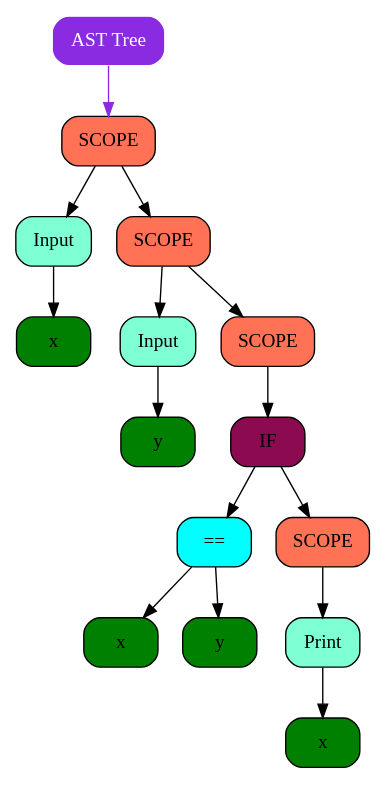
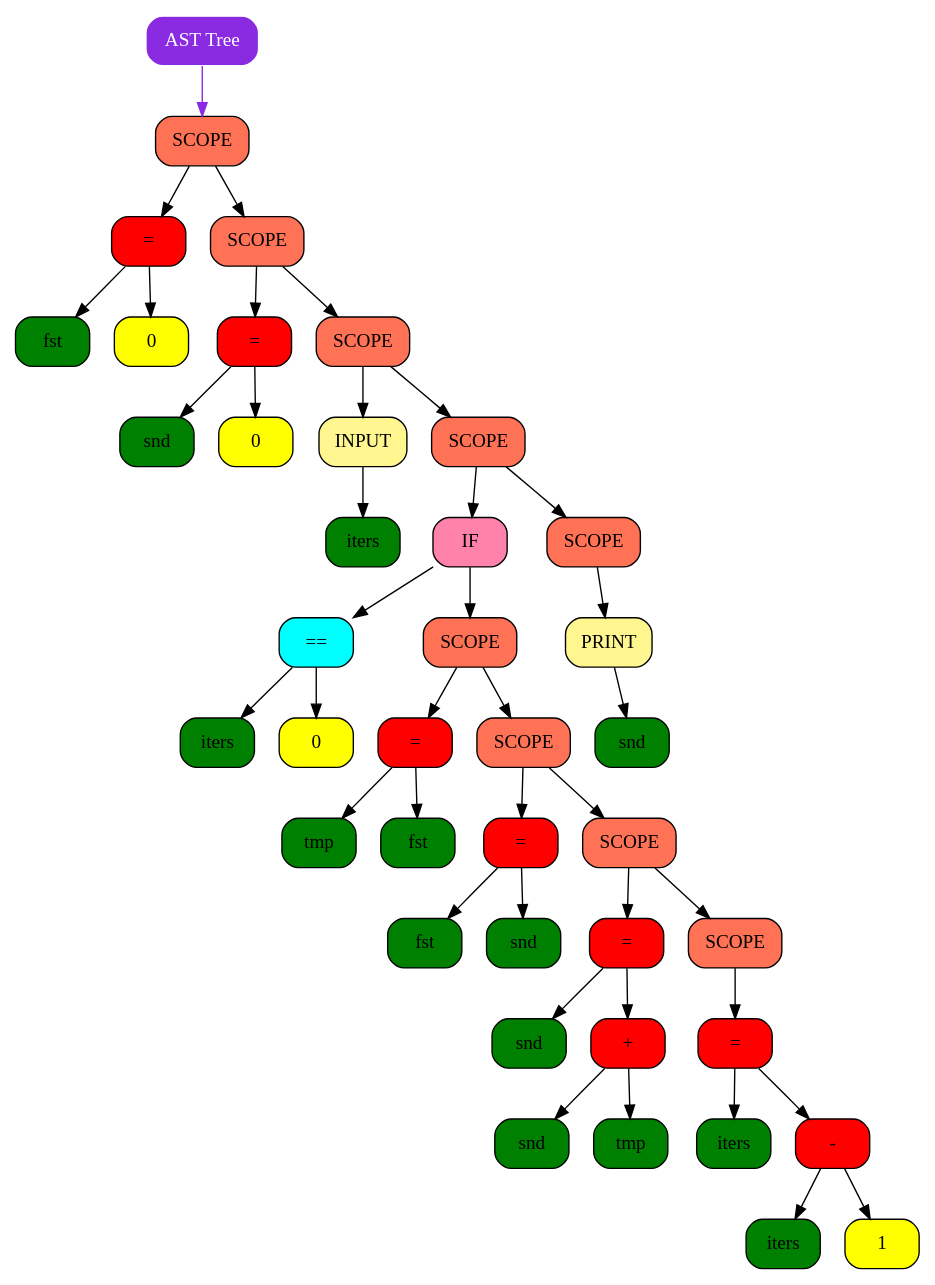
Before and after one commit to Pelmeshka127/ParaCL: the diagram in graphics/graph.dot, drawn with Graphviz. The commit also changed 9 other files, not shown here.

```diff
--- a/graphics/graph.dot
+++ b/graphics/graph.dot
@@ -1,33 +1,83 @@
 digraph Tree
 {
    rankdir = HR;
    tree[shape = Mrecord, style = filled, color = "white", style = filled, fontcolor = "white", fillcolor = "blueviolet", label = "AST Tree"];
-   "0x149606db0"[shape = Mrecord, color = "black", style = filled, fontcolor = "black", fillcolor = "coral1"   label = " {SCOPE}"];
-  "0x149606db0" -> "0x149606bd0" [color = "black"];
-  "0x149606db0" -> "0x149606d90" [color = "black"];
-   "0x149606bd0"[shape = Mrecord, color = "black", style = filled, fontcolor = "black", fillcolor = "aquamarine"   label = " {Input}"];
-  "0x149606bd0" -> "0x149606ba0" [color = "black"];
-   "0x149606ba0"[shape = Mrecord, color = "black", style = filled, fontcolor = "black", fillcolor = "green",   label = " {x}"];
-   "0x149606d90"[shape = Mrecord, color = "black", style = filled, fontcolor = "black", fillcolor = "coral1"   label = " {SCOPE}"];
-  "0x149606d90" -> "0x149606c20" [color = "black"];
-  "0x149606d90" -> "0x149606d70" [color = "black"];
-   "0x149606c20"[shape = Mrecord, color = "black", style = filled, fontcolor = "black", fillcolor = "aquamarine"   label = " {Input}"];
-  "0x149606c20" -> "0x149606bf0" [color = "black"];
-   "0x149606bf0"[shape = Mrecord, color = "black", style = filled, fontcolor = "black", fillcolor = "green",   label = " {y}"];
-   "0x149606d70"[shape = Mrecord, color = "black", style = filled, fontcolor = "black", fillcolor = "coral1"   label = " {SCOPE}"];
-  "0x149606d70" -> "0x149606d40" [color = "black"];
-   "0x149606d40"[shape = Mrecord, color = "black", style = filled, fontcolor = "black", fillcolor = "deeppink4"   label = " {IF}"];
-  "0x149606d40" -> "0x149606ca0" [color = "black"];
-  "0x149606d40" -> "0x149606d20" [color = "black"];
-   "0x149606ca0"[shape = Mrecord, color = "black", style = filled, fontcolor = "black", fillcolor = "aqua"   label = " {==}"];
-  "0x149606ca0" -> "0x149606c40" [color = "black"];
-  "0x149606ca0" -> "0x149606c70" [color = "black"];
-   "0x149606c40"[shape = Mrecord, color = "black", style = filled, fontcolor = "black", fillcolor = "green",   label = " {x}"];
-   "0x149606c70"[shape = Mrecord, color = "black", style = filled, fontcolor = "black", fillcolor = "green",   label = " {y}"];
-   "0x149606d20"[shape = Mrecord, color = "black", style = filled, fontcolor = "black", fillcolor = "coral1"   label = " {SCOPE}"];
-  "0x149606d20" -> "0x149606d00" [color = "black"];
-   "0x149606d00"[shape = Mrecord, color = "black", style = filled, fontcolor = "black", fillcolor = "aquamarine"   label = " {Print}"];
-  "0x149606d00" -> "0x149606cd0" [color = "black"];
-   "0x149606cd0"[shape = Mrecord, color = "black", style = filled, fontcolor = "black", fillcolor = "green",   label = " {x}"];
-   tree -> "0x149606db0" [color = "blueviolet"];
+   "0x141e07300"[shape = Mrecord, color = "black", style = filled, fontcolor = "black", fillcolor = "coral1"   label = " {SCOPE}"];
+  "0x141e07300" -> "0x141e06be0" [color = "black"];
+  "0x141e07300" -> "0x141e072e0" [color = "black"];
+   "0x141e06be0"[shape = Mrecord, color = "black", style = filled, fontcolor = "black", fillcolor = "red"   label = " {=}"];
+  "0x141e06be0" -> "0x141e06ba0" [color = "black"];
+  "0x141e06be0" -> "0x141e06bd0" [color = "black"];
+   "0x141e06ba0"[shape = Mrecord, color = "black", style = filled, fontcolor = "black", fillcolor = "green",   label = " {fst}"];
+   "0x141e06bd0"[shape = Mrecord, color = "black", style = filled, fontcolor = "black", fillcolor = "yellow",   label = " {0}"];
+   "0x141e072e0"[shape = Mrecord, color = "black", style = filled, fontcolor = "black", fillcolor = "coral1"   label = " {SCOPE}"];
+  "0x141e072e0" -> "0x141e06c50" [color = "black"];
+  "0x141e072e0" -> "0x141e072c0" [color = "black"];
+   "0x141e06c50"[shape = Mrecord, color = "black", style = filled, fontcolor = "black", fillcolor = "red"   label = " {=}"];
+  "0x141e06c50" -> "0x141e06c10" [color = "black"];
+  "0x141e06c50" -> "0x141e06c40" [color = "black"];
+   "0x141e06c10"[shape = Mrecord, color = "black", style = filled, fontcolor = "black", fillcolor = "green",   label = " {snd}"];
+   "0x141e06c40"[shape = Mrecord, color = "black", style = filled, fontcolor = "black", fillcolor = "yellow",   label = " {0}"];
+   "0x141e072c0"[shape = Mrecord, color = "black", style = filled, fontcolor = "black", fillcolor = "coral1"   label = " {SCOPE}"];
+  "0x141e072c0" -> "0x141e06cb0" [color = "black"];
+  "0x141e072c0" -> "0x141e072a0" [color = "black"];
+   "0x141e06cb0"[shape = Mrecord, color = "black", style = filled, fontcolor = "black", fillcolor = "khaki1"   label = " {INPUT}"];
+  "0x141e06cb0" -> "0x141e06c80" [color = "black"];
+   "0x141e06c80"[shape = Mrecord, color = "black", style = filled, fontcolor = "black", fillcolor = "green",   label = " {iters}"];
+   "0x141e072a0"[shape = Mrecord, color = "black", style = filled, fontcolor = "black", fillcolor = "coral1"   label = " {SCOPE}"];
+  "0x141e072a0" -> "0x141e071f0" [color = "black"];
+  "0x141e072a0" -> "0x141e07280" [color = "black"];
+   "0x141e071f0"[shape = Mrecord, color = "black", style = filled, fontcolor = "black", fillcolor = "palevioletred1"   label = " {IF}"];
+  "0x141e071f0" -> "0x141e06d20" [color = "black"];
+  "0x141e071f0" -> "0x141e071d0" [color = "black"];
+   "0x141e06d20"[shape = Mrecord, color = "black", style = filled, fontcolor = "black", fillcolor = "aqua"   label = " {==}"];
+  "0x141e06d20" -> "0x141e06ce0" [color = "black"];
+  "0x141e06d20" -> "0x141e06d10" [color = "black"];
+   "0x141e06ce0"[shape = Mrecord, color = "black", style = filled, fontcolor = "black", fillcolor = "green",   label = " {iters}"];
+   "0x141e06d10"[shape = Mrecord, color = "black", style = filled, fontcolor = "black", fillcolor = "yellow",   label = " {0}"];
+   "0x141e071d0"[shape = Mrecord, color = "black", style = filled, fontcolor = "black", fillcolor = "coral1"   label = " {SCOPE}"];
+  "0x141e071d0" -> "0x141e06db0" [color = "black"];
+  "0x141e071d0" -> "0x141e071b0" [color = "black"];
+   "0x141e06db0"[shape = Mrecord, color = "black", style = filled, fontcolor = "black", fillcolor = "red"   label = " {=}"];
+  "0x141e06db0" -> "0x141e06d50" [color = "black"];
+  "0x141e06db0" -> "0x141e06d80" [color = "black"];
+   "0x141e06d50"[shape = Mrecord, color = "black", style = filled, fontcolor = "black", fillcolor = "green",   label = " {tmp}"];
+   "0x141e06d80"[shape = Mrecord, color = "black", style = filled, fontcolor = "black", fillcolor = "green",   label = " {fst}"];
+   "0x141e071b0"[shape = Mrecord, color = "black", style = filled, fontcolor = "black", fillcolor = "coral1"   label = " {SCOPE}"];
+  "0x141e071b0" -> "0x141e06e40" [color = "black"];
+  "0x141e071b0" -> "0x141e07190" [color = "black"];
+   "0x141e06e40"[shape = Mrecord, color = "black", style = filled, fontcolor = "black", fillcolor = "red"   label = " {=}"];
+  "0x141e06e40" -> "0x141e06de0" [color = "black"];
+  "0x141e06e40" -> "0x141e06e10" [color = "black"];
+   "0x141e06de0"[shape = Mrecord, color = "black", style = filled, fontcolor = "black", fillcolor = "green",   label = " {fst}"];
+   "0x141e06e10"[shape = Mrecord, color = "black", style = filled, fontcolor = "black", fillcolor = "green",   label = " {snd}"];
+   "0x141e07190"[shape = Mrecord, color = "black", style = filled, fontcolor = "black", fillcolor = "coral1"   label = " {SCOPE}"];
+  "0x141e07190" -> "0x141e07070" [color = "black"];
+  "0x141e07190" -> "0x141e07170" [color = "black"];
+   "0x141e07070"[shape = Mrecord, color = "black", style = filled, fontcolor = "black", fillcolor = "red"   label = " {=}"];
+  "0x141e07070" -> "0x141e06e70" [color = "black"];
+  "0x141e07070" -> "0x141e06f00" [color = "black"];
+   "0x141e06e70"[shape = Mrecord, color = "black", style = filled, fontcolor = "black", fillcolor = "green",   label = " {snd}"];
+   "0x141e06f00"[shape = Mrecord, color = "black", style = filled, fontcolor = "black", fillcolor = "red"   label = " {+}"];
+  "0x141e06f00" -> "0x141e06ea0" [color = "black"];
+  "0x141e06f00" -> "0x141e06ed0" [color = "black"];
+   "0x141e06ea0"[shape = Mrecord, color = "black", style = filled, fontcolor = "black", fillcolor = "green",   label = " {snd}"];
+   "0x141e06ed0"[shape = Mrecord, color = "black", style = filled, fontcolor = "black", fillcolor = "green",   label = " {tmp}"];
+   "0x141e07170"[shape = Mrecord, color = "black", style = filled, fontcolor = "black", fillcolor = "coral1"   label = " {SCOPE}"];
+  "0x141e07170" -> "0x141e07140" [color = "black"];
+   "0x141e07140"[shape = Mrecord, color = "black", style = filled, fontcolor = "black", fillcolor = "red"   label = " {=}"];
+  "0x141e07140" -> "0x141e070a0" [color = "black"];
+  "0x141e07140" -> "0x141e07110" [color = "black"];
+   "0x141e070a0"[shape = Mrecord, color = "black", style = filled, fontcolor = "black", fillcolor = "green",   label = " {iters}"];
+   "0x141e07110"[shape = Mrecord, color = "black", style = filled, fontcolor = "black", fillcolor = "red"   label = " {-}"];
+  "0x141e07110" -> "0x141e070d0" [color = "black"];
+  "0x141e07110" -> "0x141e07100" [color = "black"];
+   "0x141e070d0"[shape = Mrecord, color = "black", style = filled, fontcolor = "black", fillcolor = "green",   label = " {iters}"];
+   "0x141e07100"[shape = Mrecord, color = "black", style = filled, fontcolor = "black", fillcolor = "yellow",   label = " {1}"];
+   "0x141e07280"[shape = Mrecord, color = "black", style = filled, fontcolor = "black", fillcolor = "coral1"   label = " {SCOPE}"];
+  "0x141e07280" -> "0x141e07250" [color = "black"];
+   "0x141e07250"[shape = Mrecord, color = "black", style = filled, fontcolor = "black", fillcolor = "khaki1"   label = " {PRINT}"];
+  "0x141e07250" -> "0x141e07220" [color = "black"];
+   "0x141e07220"[shape = Mrecord, color = "black", style = filled, fontcolor = "black", fillcolor = "green",   label = " {snd}"];
+   tree -> "0x141e07300" [color = "blueviolet"];
 }
```
